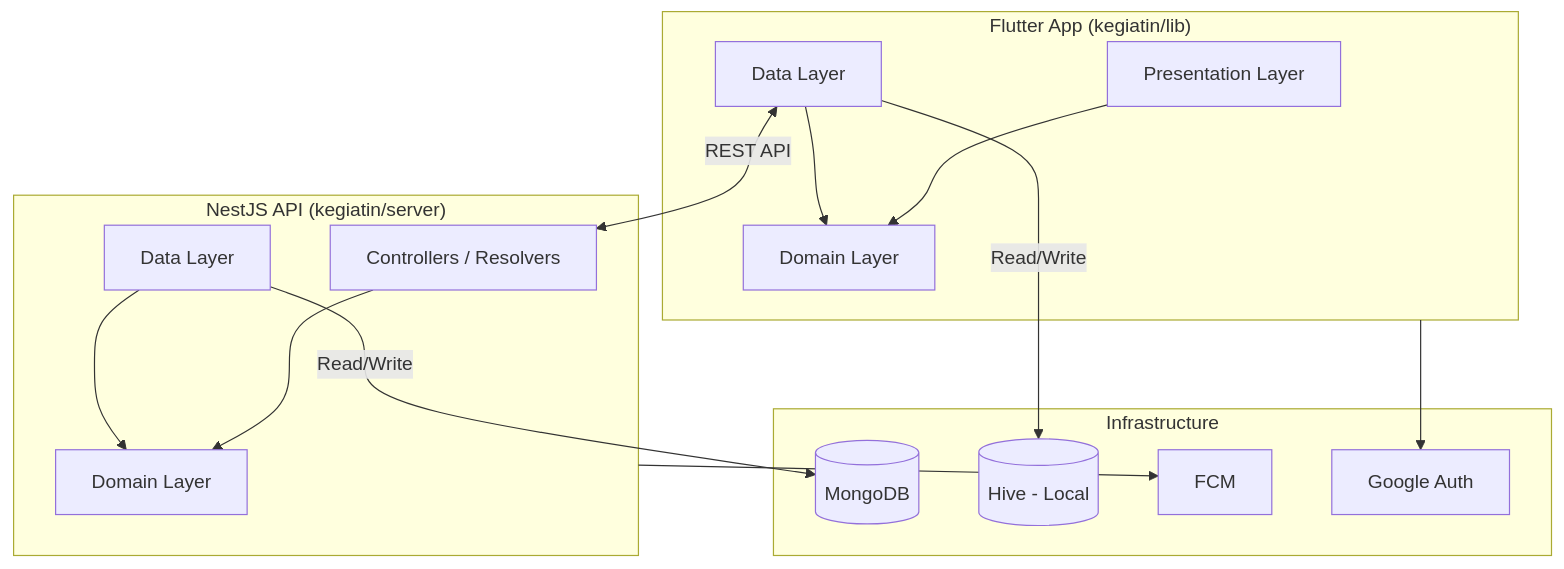
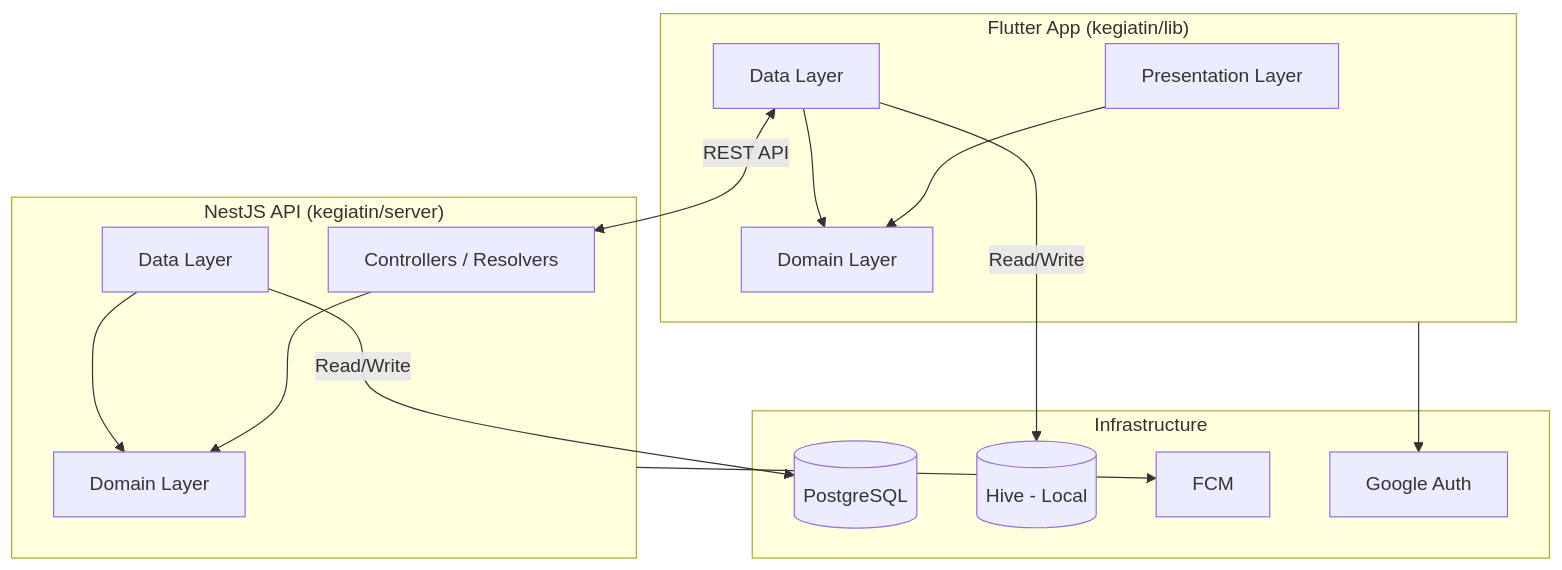
Before and after one commit to ikhsan3adi/kegiatin: the first of 3 diagrams in .docs/md/architecture.md, drawn with Mermaid. The commit also changed other lines of this file and 3 other files, not shown here.

Commit message:
docs: update database references from MongoDB to PostgreSQL

````diff
--- a/.docs/md/architecture.md
+++ b/.docs/md/architecture.md
@@ -18,31 +18,31 @@
 ```mermaid
 graph TB
     subgraph Client["Flutter App (kegiatin/lib)"]
         P[Presentation Layer]
         D[Domain Layer]
         DA[Data Layer]
         P --> D
         DA --> D
     end
 
     subgraph Server["NestJS API (kegiatin/server)"]
         SC[Controllers / Resolvers]
         SD[Domain Layer]
         SDA[Data Layer]
         SC --> SD
         SDA --> SD
     end
 
     subgraph Infra["Infrastructure"]
-        MDB[(MongoDB)]
+        MDB[(PostgreSQL)]
         HIVE[(Hive - Local)]
         FCM[FCM]
         GAuth[Google Auth]
     end
 
     DA <-->|REST API| SC
     DA -->|Read/Write| HIVE
     SDA -->|Read/Write| MDB
     Server --> FCM
     Client --> GAuth
 ```
````
